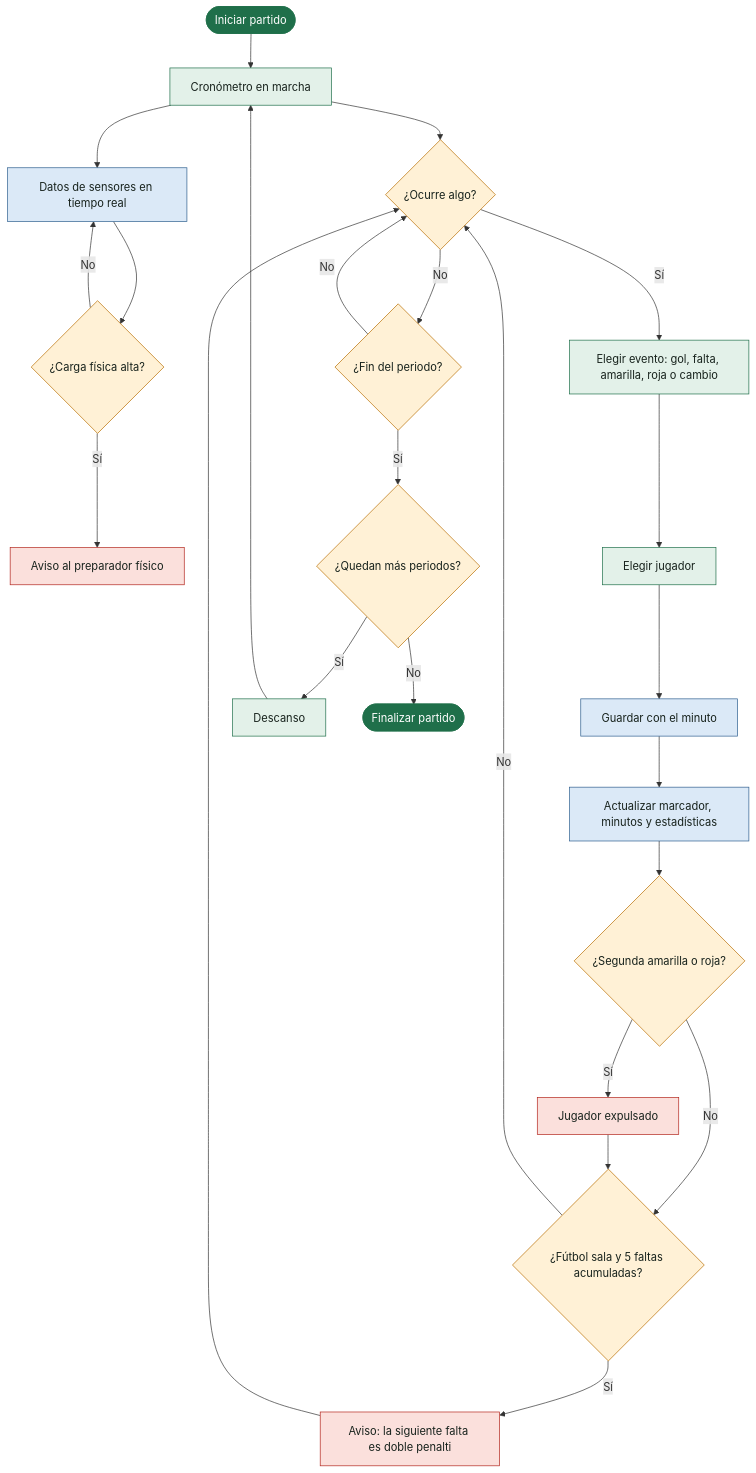
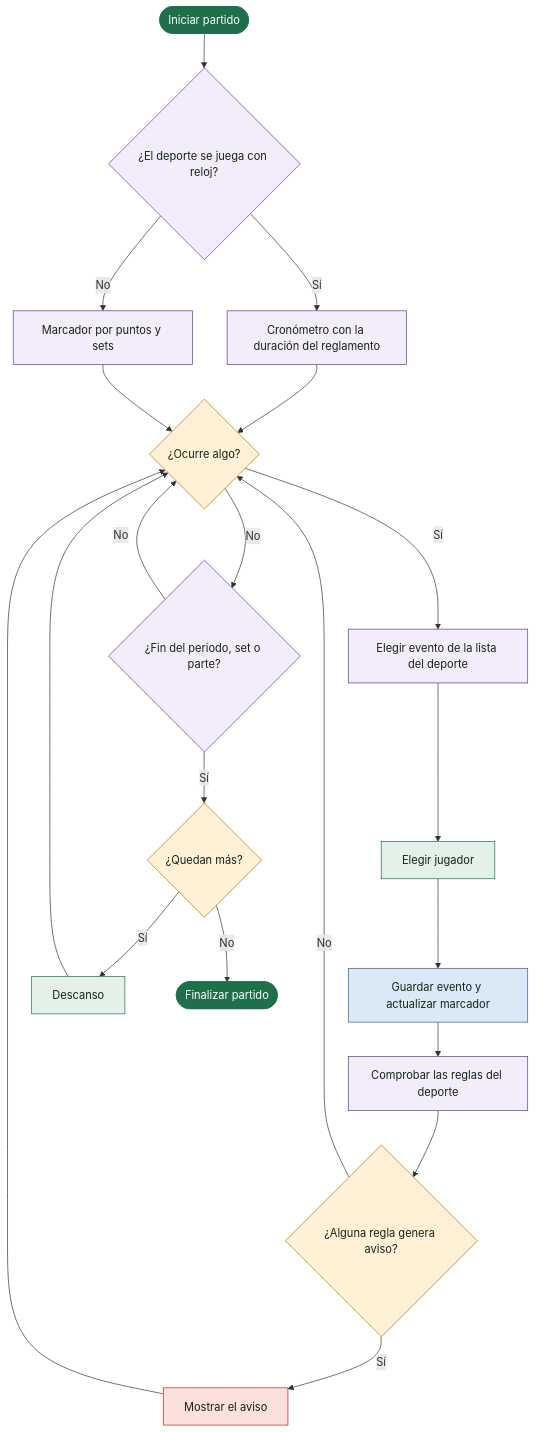
The second of 3 diagrams in diagramas/README.md (danielbernalanz/Proyecto-final-de-curso-2.DAW), drawn with Mermaid before and after one commit. The commit also changed other lines of this file and 2 other files, not shown here.

First line of the commit message:
Diagrama de flujo: flujo común y reglamento por deporte

````diff
--- a/diagramas/README.md
+++ b/diagramas/README.md
@@ -49,36 +45,34 @@
 ```mermaid
 flowchart TD
-  A([Iniciar partido]) --> B[Cronómetro en marcha]
-  B --> S[Datos de sensores en tiempo real]
-  S --> S1{¿Carga física alta?}
-  S1 -- Sí --> S2[Aviso al preparador físico]
-  S1 -- No --> S
-  B --> C{¿Ocurre algo?}
-  C -- Sí --> D[Elegir evento: gol, falta, amarilla, roja o cambio]
-  D --> E[Elegir jugador]
-  E --> F[Guardar con el minuto]
-  F --> G[Actualizar marcador, minutos y estadísticas]
-  G --> H{¿Segunda amarilla o roja?}
-  H -- Sí --> H1[Jugador expulsado]
-  H -- No --> I
-  H1 --> I{¿Fútbol sala y 5 faltas acumuladas?}
-  I -- Sí --> I1[Aviso: la siguiente falta es doble penalti]
-  I -- No --> C
-  I1 --> C
-  C -- No --> J{¿Fin del periodo?}
-  J -- No --> C
-  J -- Sí --> K{¿Quedan más periodos?}
-  K -- Sí --> L[Descanso] --> B
+  A([Iniciar partido]) --> B{¿El deporte se juega con reloj?}
+  B -- Sí --> C[Cronómetro con la duración del reglamento]
+  B -- No --> C2[Marcador por puntos y sets]
+  C --> D{¿Ocurre algo?}
+  C2 --> D
+  D -- Sí --> E[Elegir evento de la lista del deporte]
+  E --> E2[Elegir jugador]
+  E2 --> F[Guardar evento y actualizar marcador]
+  F --> G[Comprobar las reglas del deporte]
+  G --> H{¿Alguna regla genera aviso?}
+  H -- Sí --> H1[Mostrar el aviso]
+  H -- No --> D
+  H1 --> D
+  D -- No --> J{¿Fin del periodo, set o parte?}
+  J -- No --> D
+  J -- Sí --> K{¿Quedan más?}
+  K -- Sí --> L[Descanso] --> D
   K -- No --> M([Finalizar partido])
 
   classDef screen fill:#e3f1e9,stroke:#1f6f4a,color:#17221c
   classDef decision fill:#fff1d6,stroke:#b86e00,color:#17221c
   classDef auto fill:#dbe9f7,stroke:#2f5f8f,color:#17221c
+  classDef rule fill:#f3ecfb,stroke:#5b3a8c,color:#17221c
   classDef warn fill:#fbe0dc,stroke:#b3261e,color:#17221c
   classDef term fill:#1f6f4a,stroke:#1f6f4a,color:#ffffff
-  class B,D,E,L screen
-  class C,H,I,J,K,S1 decision
-  class F,G,S auto
-  class H1,I1,S2 warn
+  class E2,L screen
+  class D,H,K decision
+  class F auto
+  class B,C,C2,E,G,J rule
+  class H1 warn
   class A,M term
 ```
````
